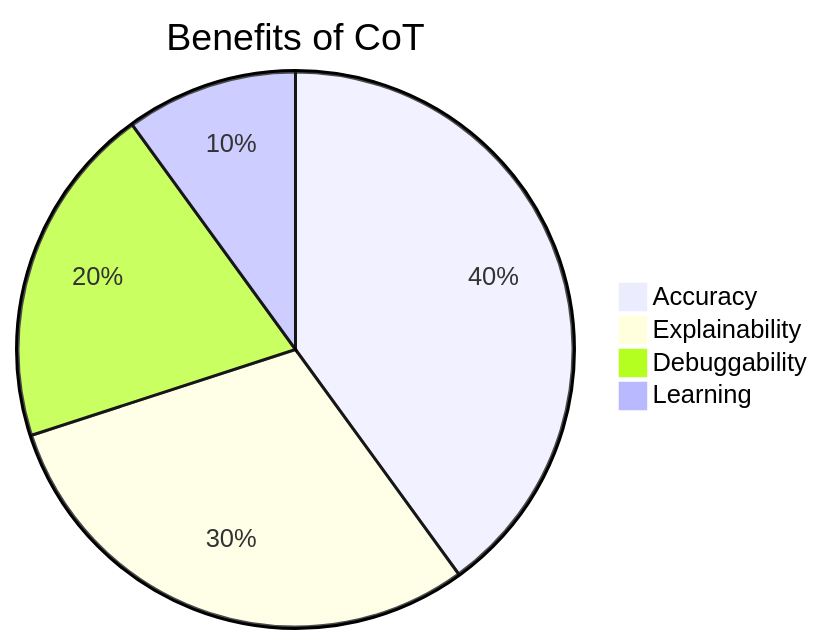
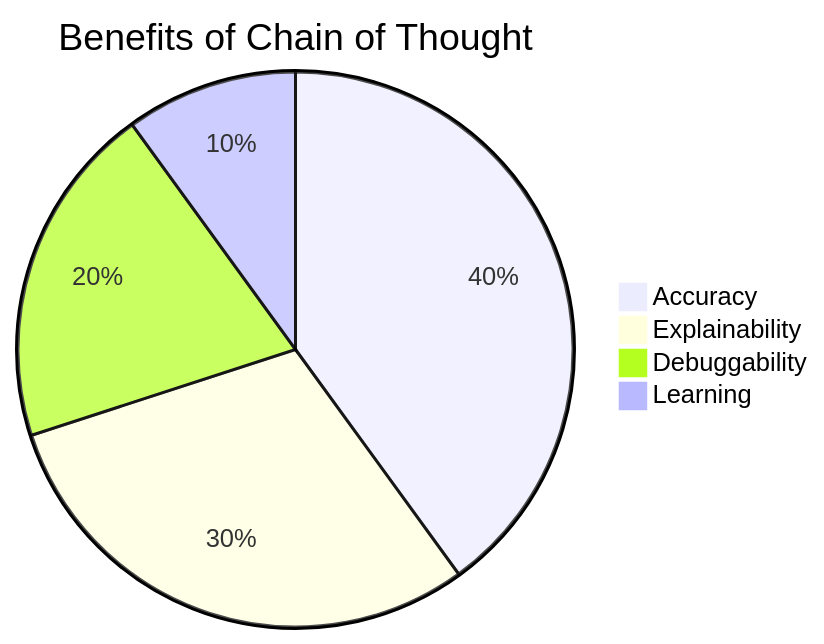
The third of 3 diagrams in campaign/weeks/09-operation-twin-mind/docs/chain-of-thought-reference.md (davidlarrimore/mission-ai-possible), drawn with Mermaid before and after one commit. The commit also changed other lines of this file and 4 other files, not shown here.

First line of the commit message:
Standardize 'Chain of Thought' terminology in docs

````diff
--- a/campaign/weeks/09-operation-twin-mind/docs/chain-of-thought-reference.md
+++ b/campaign/weeks/09-operation-twin-mind/docs/chain-of-thought-reference.md
@@ -277,7 +277,7 @@
 ```mermaid
-pie title Benefits of CoT
+pie title Benefits of Chain of Thought
     "Accuracy" : 40
     "Explainability" : 30
     "Debuggability" : 20
     "Learning" : 10
 ```
````
